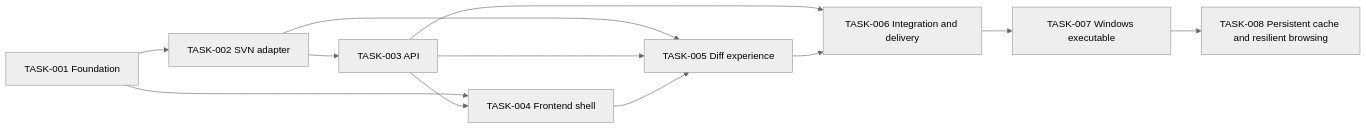
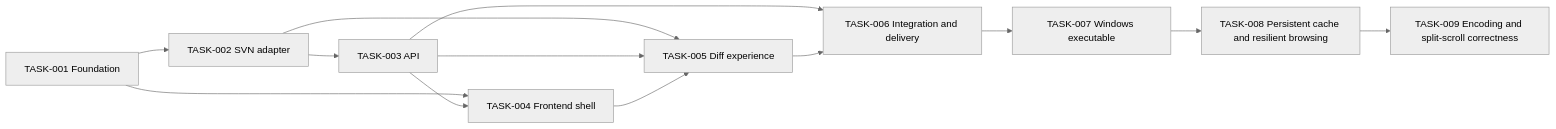
One commit to and1gaoc/svnlab changed the diagram in docs/implementation/implementation-plan.md. Above: the diagram before and after it, drawn with Mermaid (neutral theme). The commit also changed other lines of this file and 12 other files, not shown here.

````diff
--- a/docs/implementation/implementation-plan.md
+++ b/docs/implementation/implementation-plan.md
@@ -26,14 +26,15 @@
 ```mermaid
 flowchart LR
   T1[TASK-001 Foundation] --> T2[TASK-002 SVN adapter]
   T2 --> T3[TASK-003 API]
   T1 --> T4[TASK-004 Frontend shell]
   T3 --> T4
   T2 --> T5[TASK-005 Diff experience]
   T3 --> T5
   T4 --> T5
   T3 --> T6[TASK-006 Integration and delivery]
   T5 --> T6
   T6 --> T7[TASK-007 Windows executable]
   T7 --> T8[TASK-008 Persistent cache and resilient browsing]
+  T8 --> T9[TASK-009 Encoding and split-scroll correctness]
 ```
````
